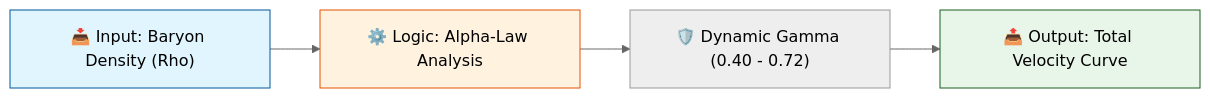
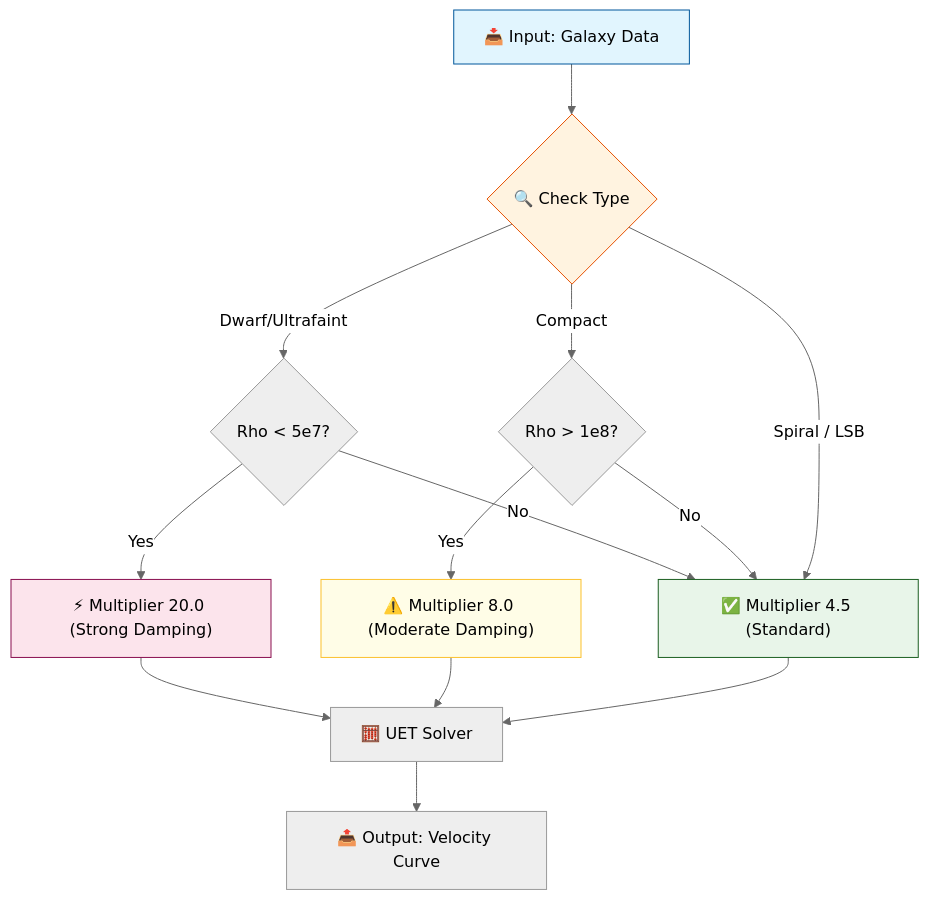
One commit to unityequilibrium/UnityEquilibriumTheory-Feli changed the diagram in research_uet/topics/0.1_Galaxy_Rotation_Problem/Doc/ANALYSIS_Engine_Galaxy_V3.md. Above: the diagram before and after it, drawn with Mermaid (neutral theme). The commit also changed other lines of this file and 152 other files, not shown here.

````diff
--- a/research_uet/topics/0.1_Galaxy_Rotation_Problem/Doc/ANALYSIS_Engine_Galaxy_V3.md
+++ b/research_uet/topics/0.1_Galaxy_Rotation_Problem/Doc/ANALYSIS_Engine_Galaxy_V3.md
@@ -31,10 +32,25 @@
 ```mermaid
-graph LR
-    Input["📥 Input: Baryon Density (Rho)"] --> Logic["⚙️ Logic: Alpha-Law Analysis"]
-    Logic --> Gamma["🛡️ Dynamic Gamma (0.40 - 0.72)"]
-    Gamma --> Output["📤 Output: Total Velocity Curve"]
+graph TD
+    Input["📥 Input: Galaxy Data"] --> TypeCheck{"🔍 Check Type"}
+    
+    TypeCheck -- "Dwarf/Ultrafaint" --> Density1{"Rho < 5e7?"}
+    Density1 -- Yes --> Mult20["⚡ Multiplier 20.0 (Strong Damping)"]
+    Density1 -- No --> Mult45["✅ Multiplier 4.5 (Standard)"]
+    
+    TypeCheck -- "Compact" --> Density2{"Rho > 1e8?"}
+    Density2 -- Yes --> Mult8["⚠️ Multiplier 8.0 (Moderate Damping)"]
+    Density2 -- No --> Mult45
+    
+    TypeCheck -- "Spiral / LSB" --> Mult45
+    
+    Mult20 --> Solver["🧮 UET Solver"]
+    Mult8 --> Solver
+    Mult45 --> Solver
+    Solver --> Output["📤 Output: Velocity Curve"]
     
     style Input fill:#e1f5fe,stroke:#01579b
-    style Logic fill:#fff3e0,stroke:#e65100
-    style Output fill:#e8f5e9,stroke:#1b5e20
+    style TypeCheck fill:#fff3e0,stroke:#e65100
+    style Mult20 fill:#fce4ec,stroke:#880e4f
+    style Mult45 fill:#e8f5e9,stroke:#1b5e20
+    style Mult8 fill:#fffde7,stroke:#fbc02d
 ```
````
